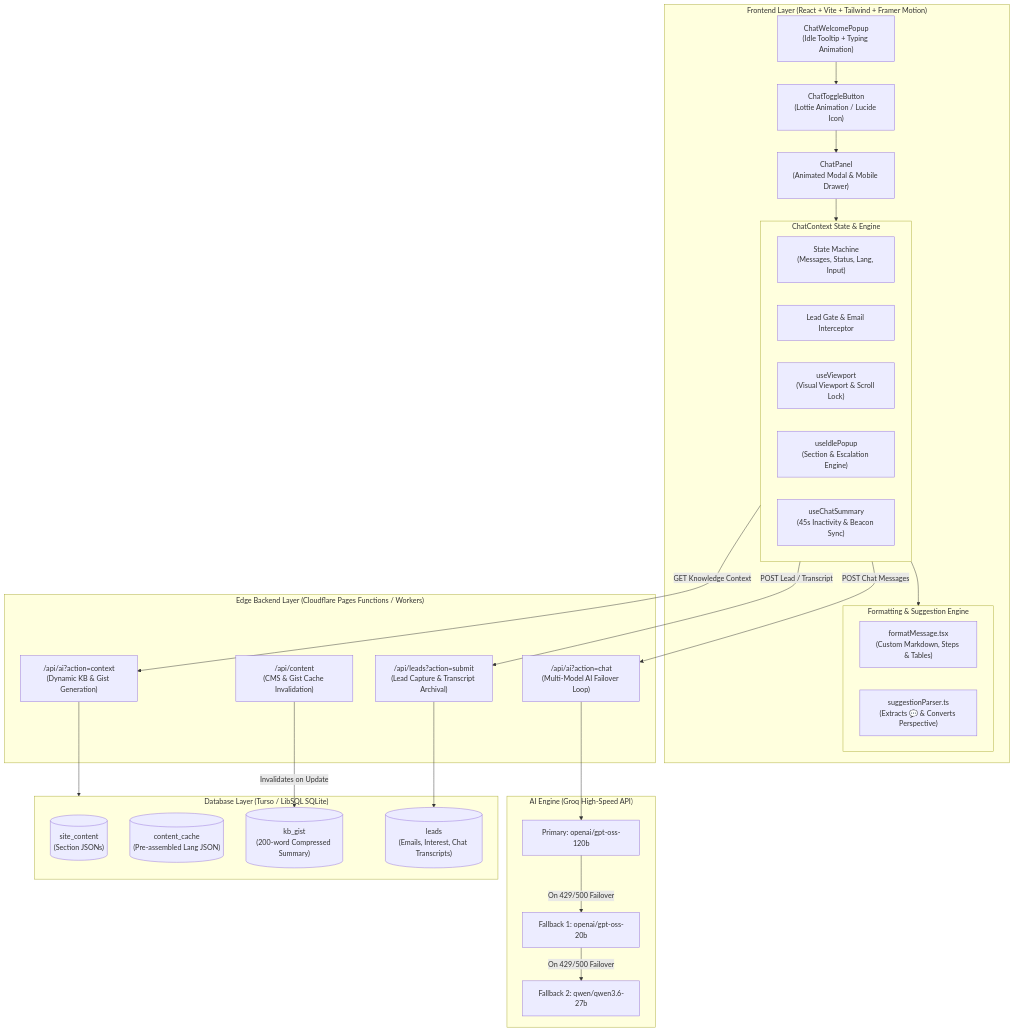
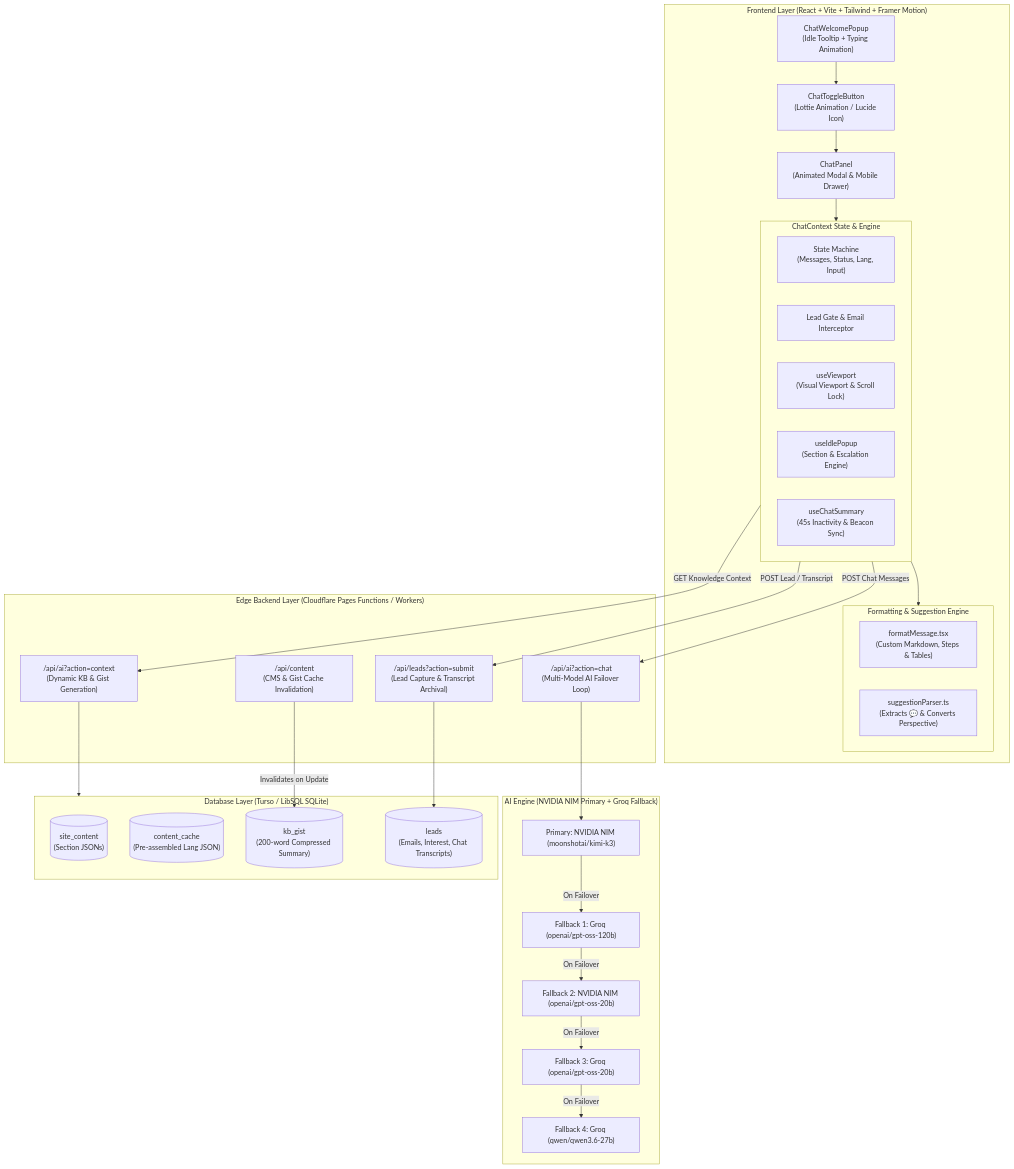
One commit to AdnanShahria/OrbitSaaS_2026 changed the first of 2 diagrams in CHATBOT_ARCHITECTURE.md. Above: the diagram before and after it, drawn with Mermaid. The commit also changed other lines of this file and 5 other files, not shown here.

Commit message:
feat: integrate NVIDIA NIM as primary AI provider with multi-model failover support

````diff
--- a/CHATBOT_ARCHITECTURE.md
+++ b/CHATBOT_ARCHITECTURE.md
@@ -27,58 +27,62 @@
 ```mermaid
 flowchart TB
     subgraph Frontend ["Frontend Layer (React + Vite + Tailwind + Framer Motion)"]
         Toggle["ChatToggleButton\n(Lottie Animation / Lucide Icon)"]
         Welcome["ChatWelcomePopup\n(Idle Tooltip + Typing Animation)"]
         Panel["ChatPanel\n(Animated Modal & Mobile Drawer)"]
         
         subgraph ChatContext ["ChatContext State & Engine"]
             State["State Machine\n(Messages, Status, Lang, Input)"]
             LeadGate["Lead Gate & Email Interceptor"]
             ViewHook["useViewport\n(Visual Viewport & Scroll Lock)"]
             IdleHook["useIdlePopup\n(Section & Escalation Engine)"]
             SummaryHook["useChatSummary\n(45s Inactivity & Beacon Sync)"]
         end
 
         subgraph ParserEngine ["Formatting & Suggestion Engine"]
             MDParser["formatMessage.tsx\n(Custom Markdown, Steps & Tables)"]
             SuggParser["suggestionParser.ts\n(Extracts 💬 & Converts Perspective)"]
         end
     end
 
     subgraph Backend ["Edge Backend Layer (Cloudflare Pages Functions / Workers)"]
         AIChat["/api/ai?action=chat\n(Multi-Model AI Failover Loop)"]
         AIContext["/api/ai?action=context\n(Dynamic KB & Gist Generation)"]
         LeadsAPI["/api/leads?action=submit\n(Lead Capture & Transcript Archival)"]
         ContentAPI["/api/content\n(CMS & Gist Cache Invalidation)"]
     end
 
-    subgraph LLM ["AI Engine (Groq High-Speed API)"]
-        Groq1["Primary: openai/gpt-oss-120b"]
-        Groq2["Fallback 1: openai/gpt-oss-20b"]
-        Groq3["Fallback 2: qwen/qwen3.6-27b"]
+    subgraph LLM ["AI Engine (NVIDIA NIM Primary + Groq Fallback)"]
+        Nvidia1["Primary: NVIDIA NIM (moonshotai/kimi-k3)"]
+        Groq1["Fallback 1: Groq (openai/gpt-oss-120b)"]
+        Nvidia2["Fallback 2: NVIDIA NIM (openai/gpt-oss-20b)"]
+        Groq2["Fallback 3: Groq (openai/gpt-oss-20b)"]
+        Groq3["Fallback 4: Groq (qwen/qwen3.6-27b)"]
     end
 
     subgraph Database ["Database Layer (Turso / LibSQL SQLite)"]
         T_Content[("site_content\n(Section JSONs)")]
         T_Cache[("content_cache\n(Pre-assembled Lang JSON)")]
         T_Gist[("kb_gist\n(200-word Compressed Summary)")]
         T_Leads[("leads\n(Emails, Interest, Chat Transcripts)")]
     end
 
     Toggle --> Panel
     Welcome --> Toggle
     Panel --> ChatContext
     ChatContext --> ParserEngine
     
     ChatContext -- "POST Chat Messages" --> AIChat
     ChatContext -- "GET Knowledge Context" --> AIContext
     ChatContext -- "POST Lead / Transcript" --> LeadsAPI
 
-    AIChat --> Groq1
-    Groq1 -- "On 429/500 Failover" --> Groq2
-    Groq2 -- "On 429/500 Failover" --> Groq3
+    AIChat --> Nvidia1
+    Nvidia1 -- "On Failover" --> Groq1
+    Groq1 -- "On Failover" --> Nvidia2
+    Nvidia2 -- "On Failover" --> Groq2
+    Groq2 -- "On Failover" --> Groq3
 
     AIContext --> Database
     LeadsAPI --> T_Leads
     ContentAPI -- "Invalidates on Update" --> T_Gist
 ```
````
